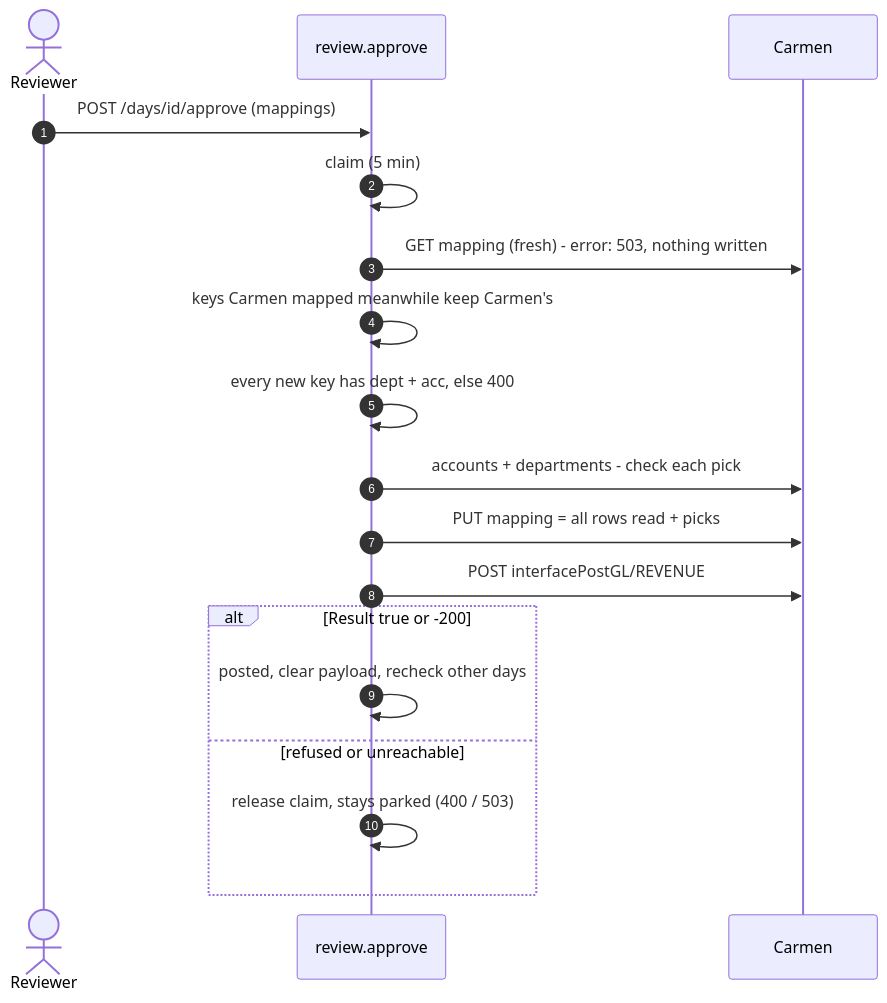
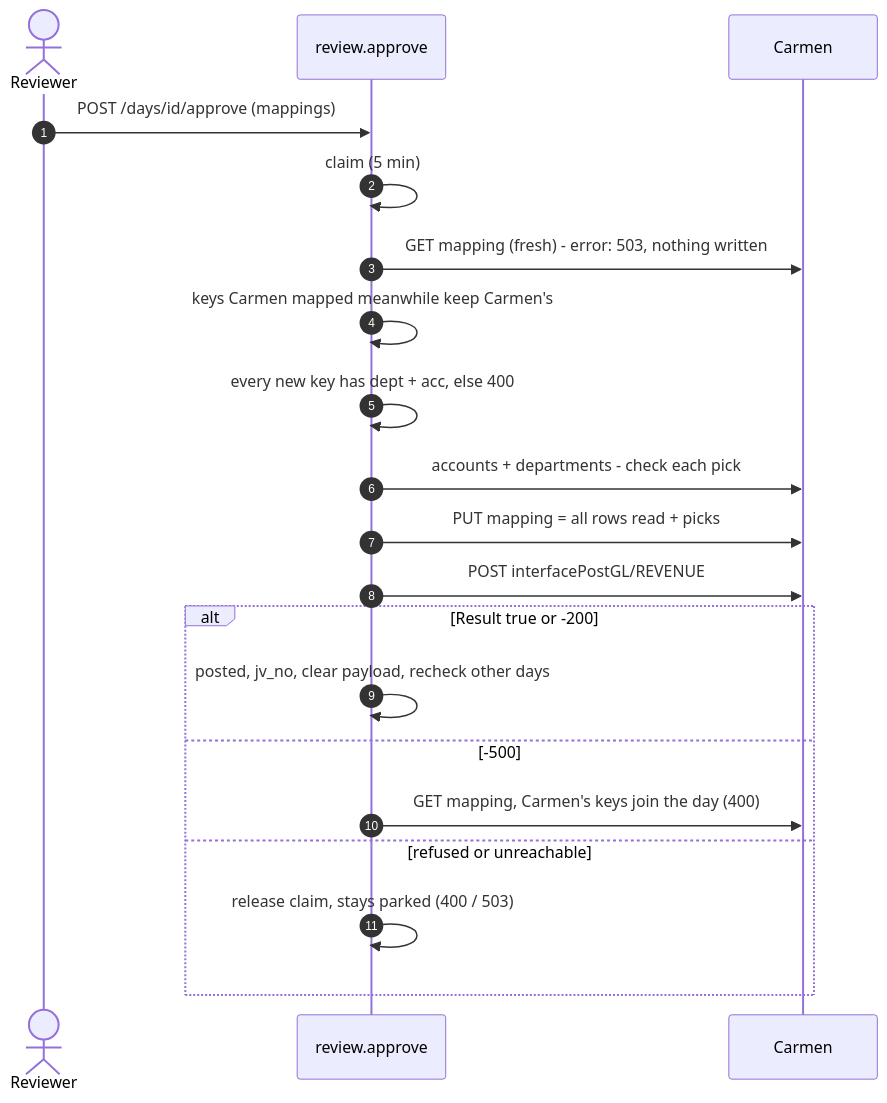
The ninth of 10 diagrams in docs/frd/FRD-11-pms-interface.md (developer-carmensoftware/OCR), drawn with Mermaid before and after one commit. The commit also changed other lines of this file and 2 other files, not shown here.

````diff
--- a/docs/frd/FRD-11-pms-interface.md
+++ b/docs/frd/FRD-11-pms-interface.md
@@ -393,20 +408,22 @@
 ```mermaid 8.5 | The table is never written blind
 sequenceDiagram
     autonumber
     actor U as Reviewer
     participant R as review.approve
     participant C as Carmen
     U->>R: POST /days/id/approve (mappings)
     R->>R: claim (5 min)
     R->>C: GET mapping (fresh) - error: 503, nothing written
     R->>R: keys Carmen mapped meanwhile keep Carmen's
     R->>R: every new key has dept + acc, else 400
     R->>C: accounts + departments - check each pick
     R->>C: PUT mapping = all rows read + picks
     R->>C: POST interfacePostGL/REVENUE
     alt Result true or -200
-        R->>R: posted, clear payload, recheck other days
+        R->>R: posted, jv_no, clear payload, recheck other days
+    else -500
+        R->>C: GET mapping, Carmen's keys join the day (400)
     else refused or unreachable
         R->>R: release claim, stays parked (400 / 503)
     end
 ```
````
